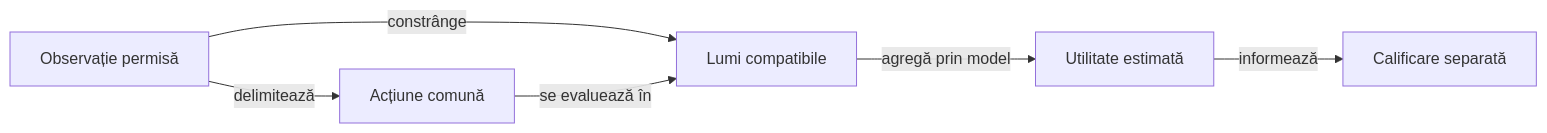
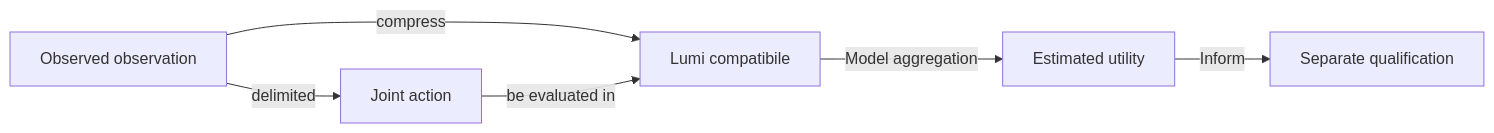
One commit to crististefanita/atf_j4 changed the diagram in whist-lab-app/ai-lab/experiments/round12-rejected-information/README.md. Above: the diagram before and after it, drawn with Mermaid. The commit also changed other lines of this file and 122 other files, not shown here.

````diff
--- a/whist-lab-app/ai-lab/experiments/round12-rejected-information/README.md
+++ b/whist-lab-app/ai-lab/experiments/round12-rejected-information/README.md
@@ -9,8 +9,8 @@
 ```mermaid
 flowchart LR
-    OBS[Observație permisă] -->|constrânge| WORLDS[Lumi compatibile]
-    OBS -->|delimitează| ACTION[Acțiune comună]
-    ACTION -->|se evaluează în| WORLDS
-    WORLDS -->|agregă prin model| VALUE[Utilitate estimată]
-    VALUE -->|informează| REVIEW[Calificare separată]
+    OBS[Observed observation] -->|compress| WORLDS[Lumi compatibile]
+    OBS -->|delimited| ACTION[Joint action]
+    ACTION -->|be evaluated in| WORLDS
+    WORLDS -->|Model aggregation| VALUE[Estimated utility]
+    VALUE -->|Inform| REVIEW[Separate qualification]
 ```
````
